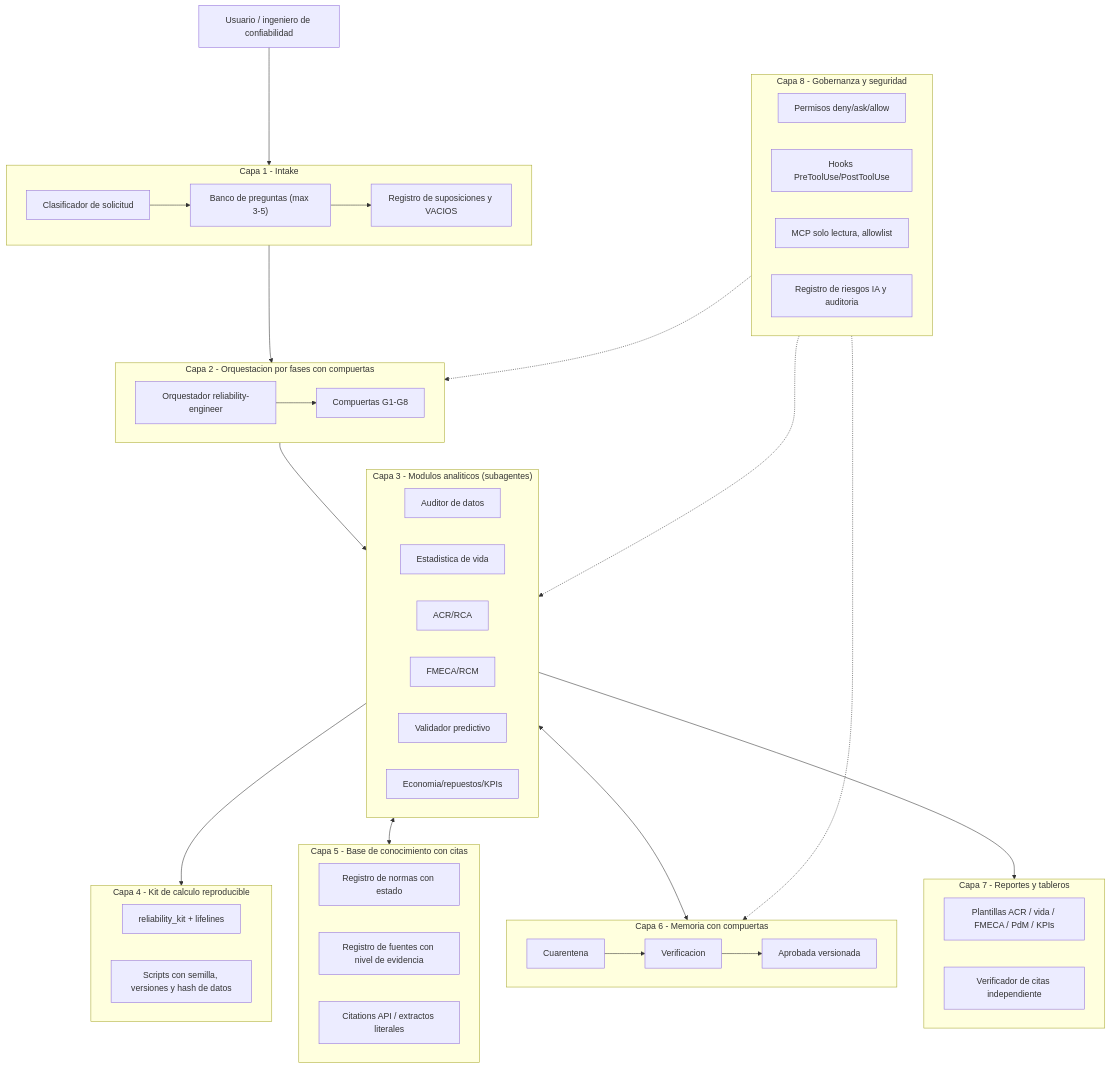
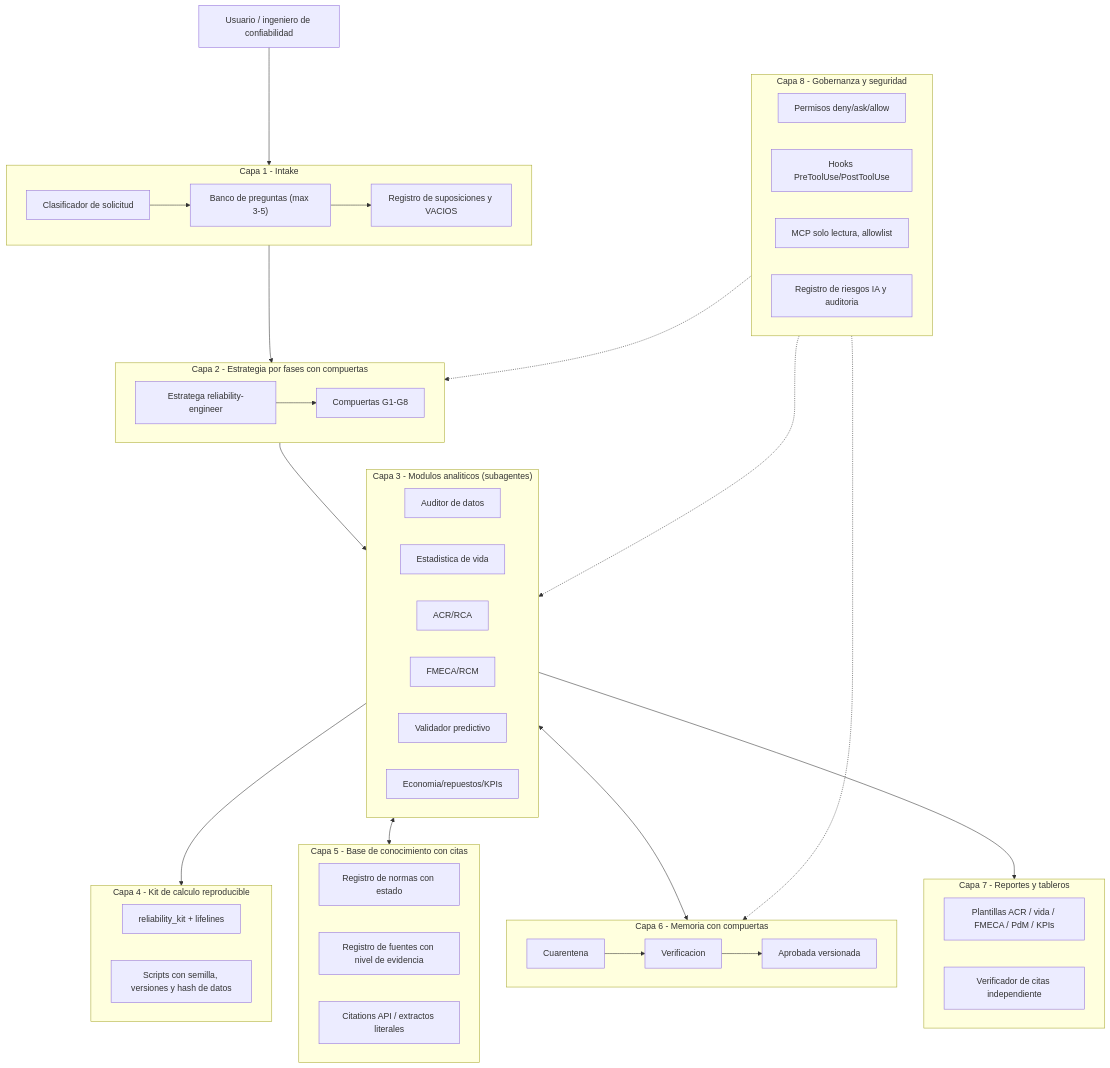
The first of 3 diagrams in reports/Agentes mundiales de confiabilidad.md (howkrios-65/clima-lima), drawn with Mermaid before and after one commit. The commit also changed other lines of this file and 4 other files, not shown here.

First line of the commit message:
Reemplaza la palabra prohibida por estratega o líder y agrega prueba que la impide

````diff
--- a/reports/Agentes mundiales de confiabilidad.md
+++ b/reports/Agentes mundiales de confiabilidad.md
@@ -344,50 +344,50 @@
 ```mermaid
 flowchart TB
   U["Usuario / ingeniero de confiabilidad"] --> L1
   subgraph L1["Capa 1 - Intake"]
     I1["Clasificador de solicitud"] --> I2["Banco de preguntas (max 3-5)"]
     I2 --> I3["Registro de suposiciones y VACIOS"]
   end
   L1 --> L2
-  subgraph L2["Capa 2 - Orquestacion por fases con compuertas"]
-    O1["Orquestador reliability-engineer"] --> G["Compuertas G1-G8"]
+  subgraph L2["Capa 2 - Estrategia por fases con compuertas"]
+    O1["Estratega reliability-engineer"] --> G["Compuertas G1-G8"]
   end
   L2 --> L3
   subgraph L3["Capa 3 - Modulos analiticos (subagentes)"]
     M1["Auditor de datos"]
     M2["Estadistica de vida"]
     M3["ACR/RCA"]
     M4["FMECA/RCM"]
     M5["Validador predictivo"]
     M6["Economia/repuestos/KPIs"]
   end
   L3 --> L4
   subgraph L4["Capa 4 - Kit de calculo reproducible"]
     K1["reliability_kit + lifelines"]
     K2["Scripts con semilla, versiones y hash de datos"]
   end
   L3 <--> L5
   subgraph L5["Capa 5 - Base de conocimiento con citas"]
     B1["Registro de normas con estado"]
     B2["Registro de fuentes con nivel de evidencia"]
     B3["Citations API / extractos literales"]
   end
   L3 <--> L6
   subgraph L6["Capa 6 - Memoria con compuertas"]
     Q1["Cuarentena"] --> Q2["Verificacion"] --> Q3["Aprobada versionada"]
   end
   L3 --> L7
   subgraph L7["Capa 7 - Reportes y tableros"]
     R1["Plantillas ACR / vida / FMECA / PdM / KPIs"]
     R2["Verificador de citas independiente"]
   end
   subgraph L8["Capa 8 - Gobernanza y seguridad"]
     S1["Permisos deny/ask/allow"]
     S2["Hooks PreToolUse/PostToolUse"]
     S3["MCP solo lectura, allowlist"]
     S4["Registro de riesgos IA y auditoria"]
   end
   L8 -.-> L2
   L8 -.-> L3
   L8 -.-> L6
 ```
````
